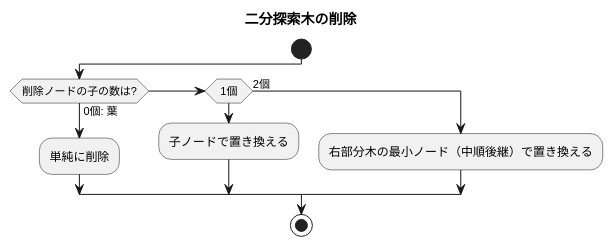
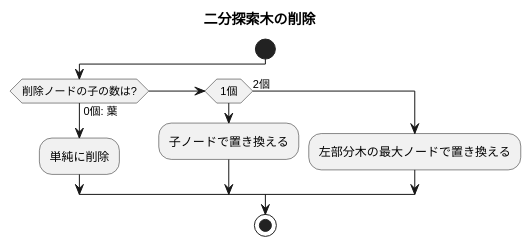
Before and after one commit to k2works/getting-started-algorithm: the fifth of 7 diagrams in docs/article/python/09-trees.md, drawn with PlantUML. The commit also changed other lines of this file and 8 other files, not shown here.

````diff
--- a/docs/article/python/09-trees.md
+++ b/docs/article/python/09-trees.md
@@ -124,17 +298,17 @@
 ```plantuml
 @startuml
 title 二分探索木の削除
 
 start
 
 if (削除ノードの子の数は?) then (0個: 葉)
   :単純に削除;
 elseif (1個) then
   :子ノードで置き換える;
 else (2個)
-  :右部分木の最小ノード（中順後継）で置き換える;
+  :左部分木の最大ノードで置き換える;
 endif
 
 stop
 @enduml
 ```
````
